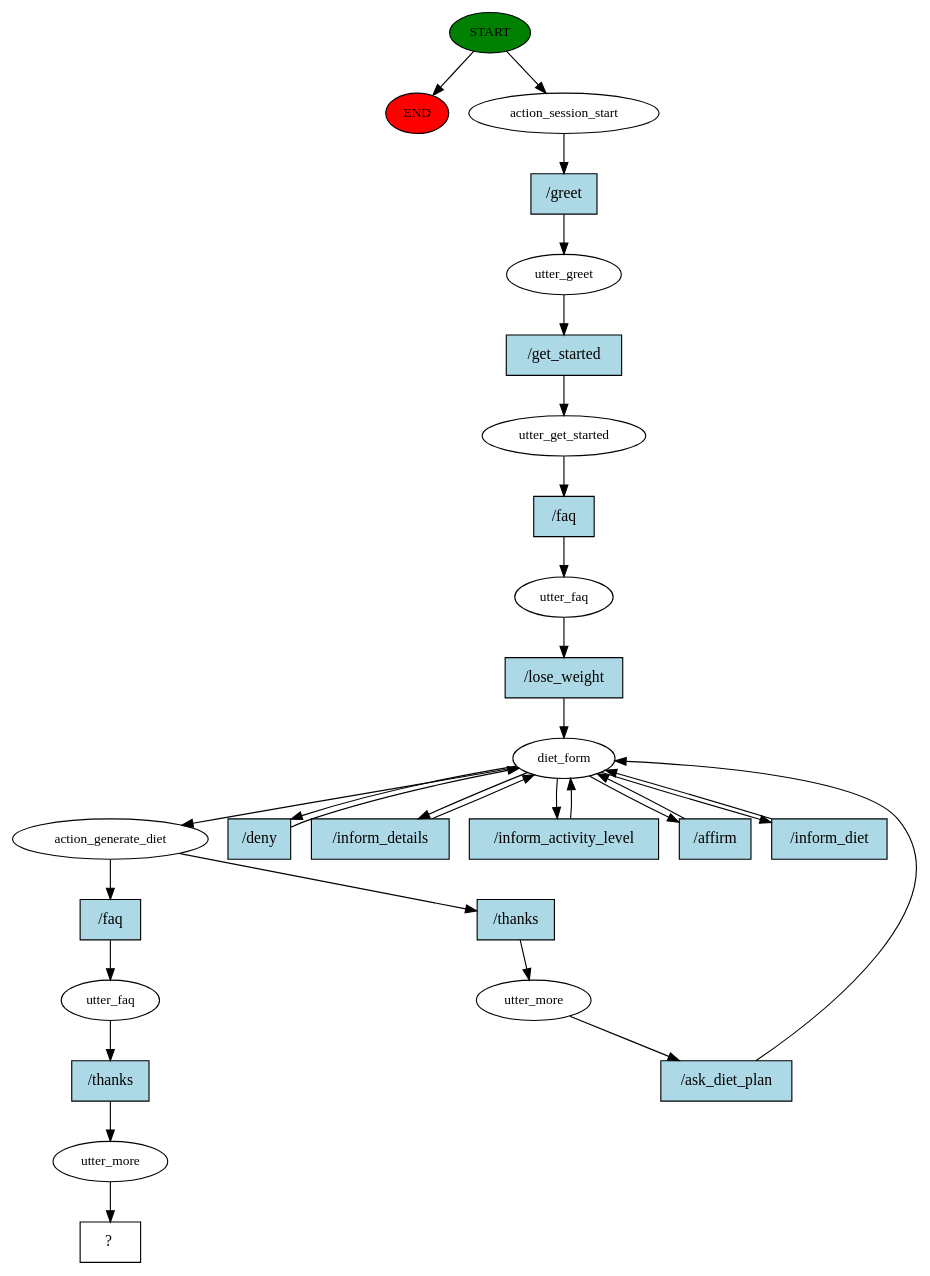
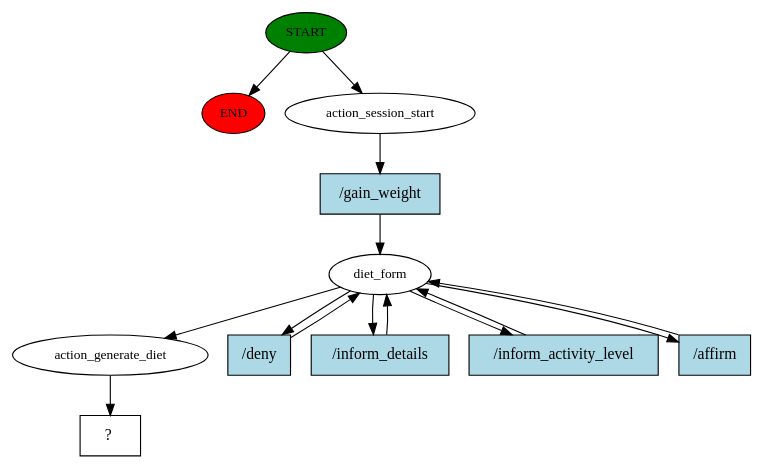
One commit to v-rowjee/Chatbot-Engine changed the diagram in story_graph.dot. Above: the diagram before and after it, drawn with Graphviz. The commit also changed 4 other files, not shown here.

```diff
--- a/story_graph.dot
+++ b/story_graph.dot
@@ -1,57 +1,27 @@
 digraph  {
 0 [class="start active", fillcolor=green, fontsize=12, label=START, style=filled];
 "-1" [class=end, fillcolor=red, fontsize=12, label=END, style=filled];
 1 [class=active, fontsize=12, label=action_session_start];
-2 [class=active, fontsize=12, label=utter_greet];
-3 [class=active, fontsize=12, label=utter_get_started];
-4 [class=active, fontsize=12, label=utter_faq];
-5 [class=active, fontsize=12, label=diet_form];
-10 [class=active, fontsize=12, label=action_generate_diet];
-11 [class=active, fontsize=12, label=utter_more];
-16 [class=active, fontsize=12, label=utter_faq];
-17 [class=active, fontsize=12, label=utter_more];
-18 [class="intent dashed active", label="  ?  ", shape=rect];
-19 [class="intent active", fillcolor=lightblue, label="/greet", shape=rect, style=filled];
-20 [class="intent active", fillcolor=lightblue, label="/get_started", shape=rect, style=filled];
-21 [class="intent active", fillcolor=lightblue, label="/faq", shape=rect, style=filled];
-22 [class="intent active", fillcolor=lightblue, label="/lose_weight", shape=rect, style=filled];
-23 [class="intent active", fillcolor=lightblue, label="/deny", shape=rect, style=filled];
-24 [class="intent active", fillcolor=lightblue, label="/inform_details", shape=rect, style=filled];
-25 [class="intent active", fillcolor=lightblue, label="/inform_activity_level", shape=rect, style=filled];
-26 [class="intent active", fillcolor=lightblue, label="/affirm", shape=rect, style=filled];
-27 [class="intent active", fillcolor=lightblue, label="/inform_diet", shape=rect, style=filled];
-28 [class="intent active", fillcolor=lightblue, label="/thanks", shape=rect, style=filled];
-29 [class="intent active", fillcolor=lightblue, label="/faq", shape=rect, style=filled];
-30 [class="intent active", fillcolor=lightblue, label="/ask_diet_plan", shape=rect, style=filled];
-31 [class="intent active", fillcolor=lightblue, label="/thanks", shape=rect, style=filled];
+2 [class=active, fontsize=12, label=diet_form];
+7 [class=active, fontsize=12, label=action_generate_diet];
+8 [class="intent dashed active", label="  ?  ", shape=rect];
+9 [class="intent active", fillcolor=lightblue, label="/gain_weight", shape=rect, style=filled];
+10 [class="intent active", fillcolor=lightblue, label="/deny", shape=rect, style=filled];
+11 [class="intent active", fillcolor=lightblue, label="/inform_details", shape=rect, style=filled];
+12 [class="intent active", fillcolor=lightblue, label="/inform_activity_level", shape=rect, style=filled];
+13 [class="intent active", fillcolor=lightblue, label="/affirm", shape=rect, style=filled];
 0 -> "-1"  [class="", key=NONE, label=""];
 0 -> 1  [class=active, key=NONE, label=""];
-1 -> 19  [class=active, key=0];
-2 -> 20  [class=active, key=0];
-3 -> 21  [class=active, key=0];
-4 -> 22  [class=active, key=0];
-5 -> 10  [class=active, key=NONE, label=""];
-5 -> 23  [class=active, key=0];
-5 -> 24  [class=active, key=0];
-5 -> 25  [class=active, key=0];
-5 -> 26  [class=active, key=0];
-5 -> 27  [class=active, key=0];
-10 -> 28  [class=active, key=0];
-10 -> 29  [class=active, key=0];
-11 -> 30  [class=active, key=0];
-16 -> 31  [class=active, key=0];
-17 -> 18  [class=active, key=NONE, label=""];
-19 -> 2  [class=active, key=0];
-20 -> 3  [class=active, key=0];
-21 -> 4  [class=active, key=0];
-22 -> 5  [class=active, key=0];
-23 -> 5  [class=active, key=0];
-24 -> 5  [class=active, key=0];
-25 -> 5  [class=active, key=0];
-26 -> 5  [class=active, key=0];
-27 -> 5  [class=active, key=0];
-28 -> 11  [class=active, key=0];
-29 -> 16  [class=active, key=0];
-30 -> 5  [class=active, key=0];
-31 -> 17  [class=active, key=0];
+1 -> 9  [class=active, key=0];
+2 -> 7  [class=active, key=NONE, label=""];
+2 -> 10  [class=active, key=0];
+2 -> 11  [class=active, key=0];
+2 -> 12  [class=active, key=0];
+2 -> 13  [class=active, key=0];
+7 -> 8  [class=active, key=NONE, label=""];
+9 -> 2  [class=active, key=0];
+10 -> 2  [class=active, key=0];
+11 -> 2  [class=active, key=0];
+12 -> 2  [class=active, key=0];
+13 -> 2  [class=active, key=0];
 }
```
